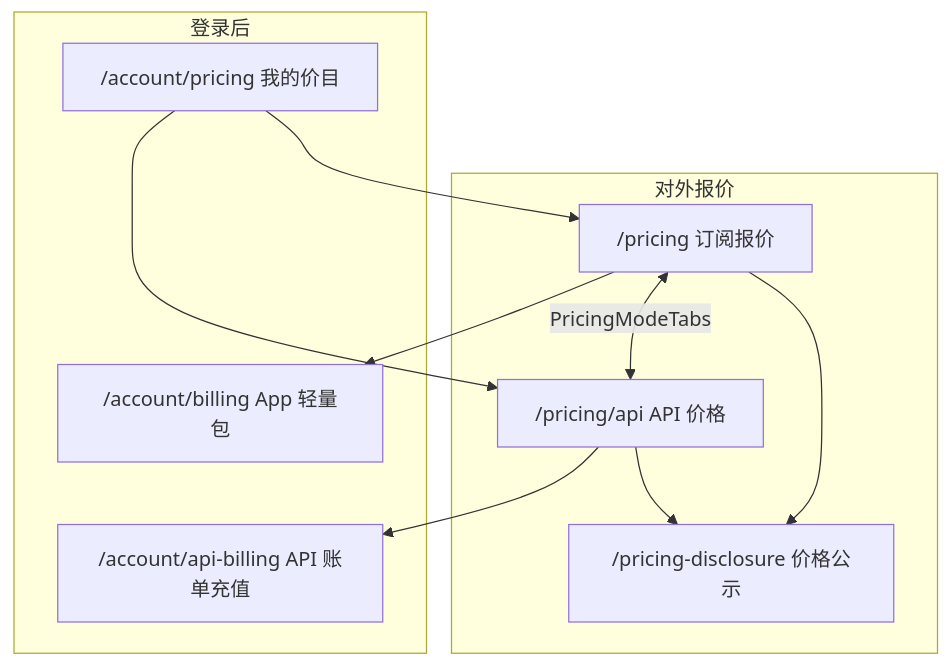
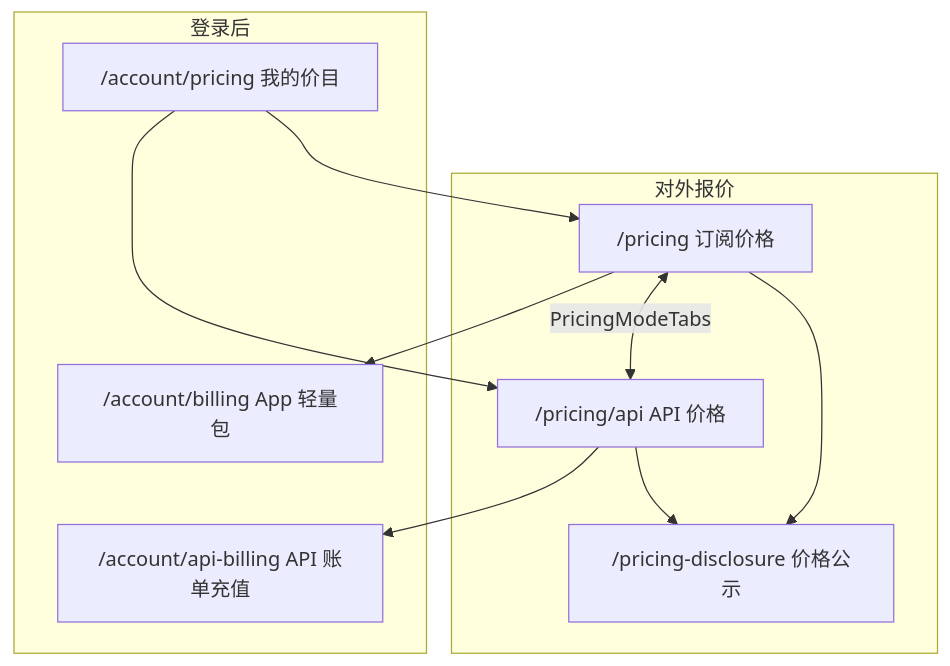
Before and after one commit to priceLiu/book-mall: the diagram in book-mall/doc/product/20-platform-api-member-proposal.md, drawn with Mermaid. The commit also changed other lines of this file and 14 other files, not shown here.

````diff
--- a/book-mall/doc/product/20-platform-api-member-proposal.md
+++ b/book-mall/doc/product/20-platform-api-member-proposal.md
@@ -139,20 +139,20 @@
 ```mermaid
 flowchart TB
   subgraph public [对外报价]
-    P["/pricing 订阅报价"]
+    P["/pricing 订阅价格"]
     A["/pricing/api API 价格"]
     D["/pricing-disclosure 价格公示"]
   end
   subgraph account [登录后]
     AB["/account/api-billing API 账单充值"]
     AT["/account/billing App 轻量包"]
     AP["/account/pricing 我的价目"]
   end
   P <-->|PricingModeTabs| A
   P --> AT
   A --> AB
   P --> D
   A --> D
   AP --> P
   AP --> A
 ```
````
